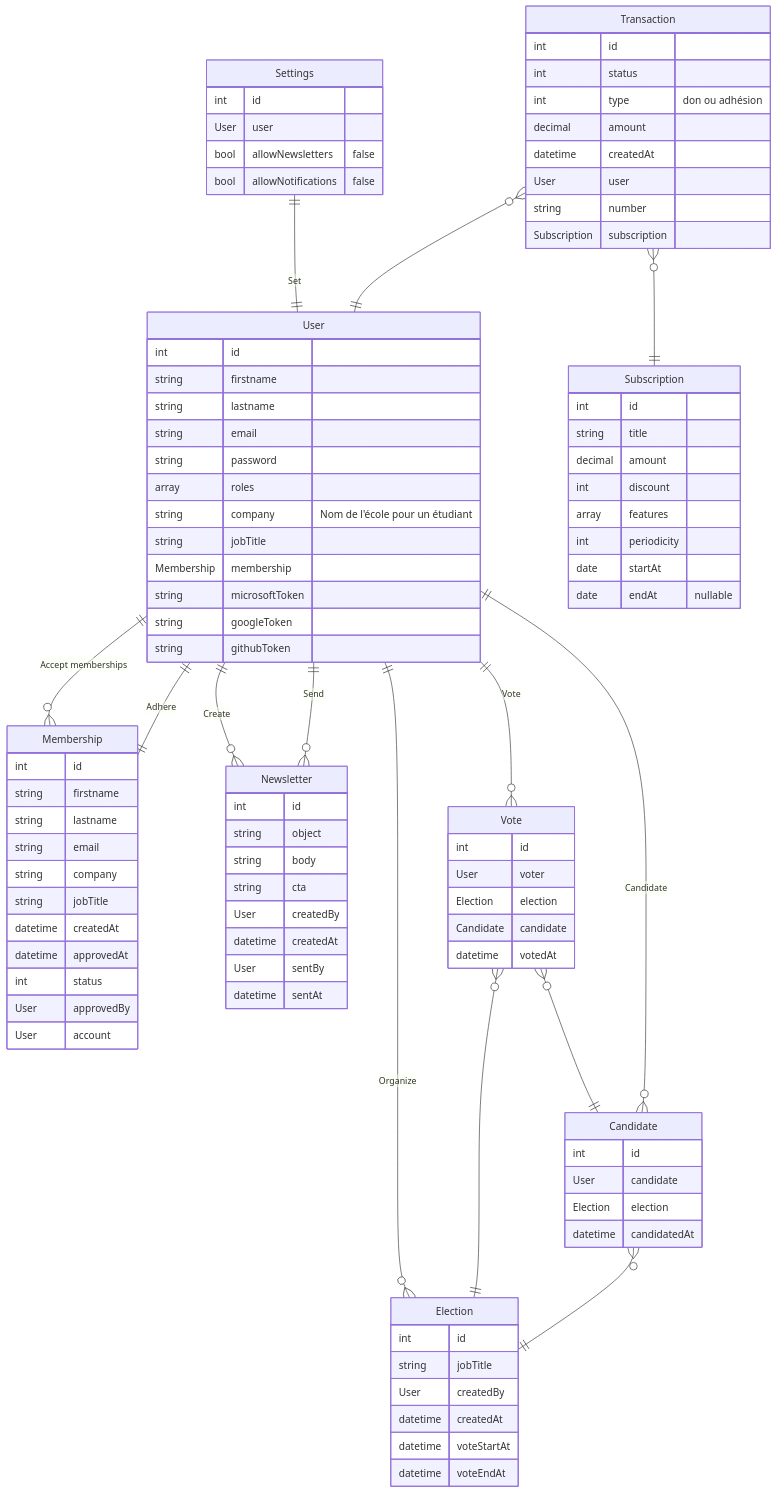
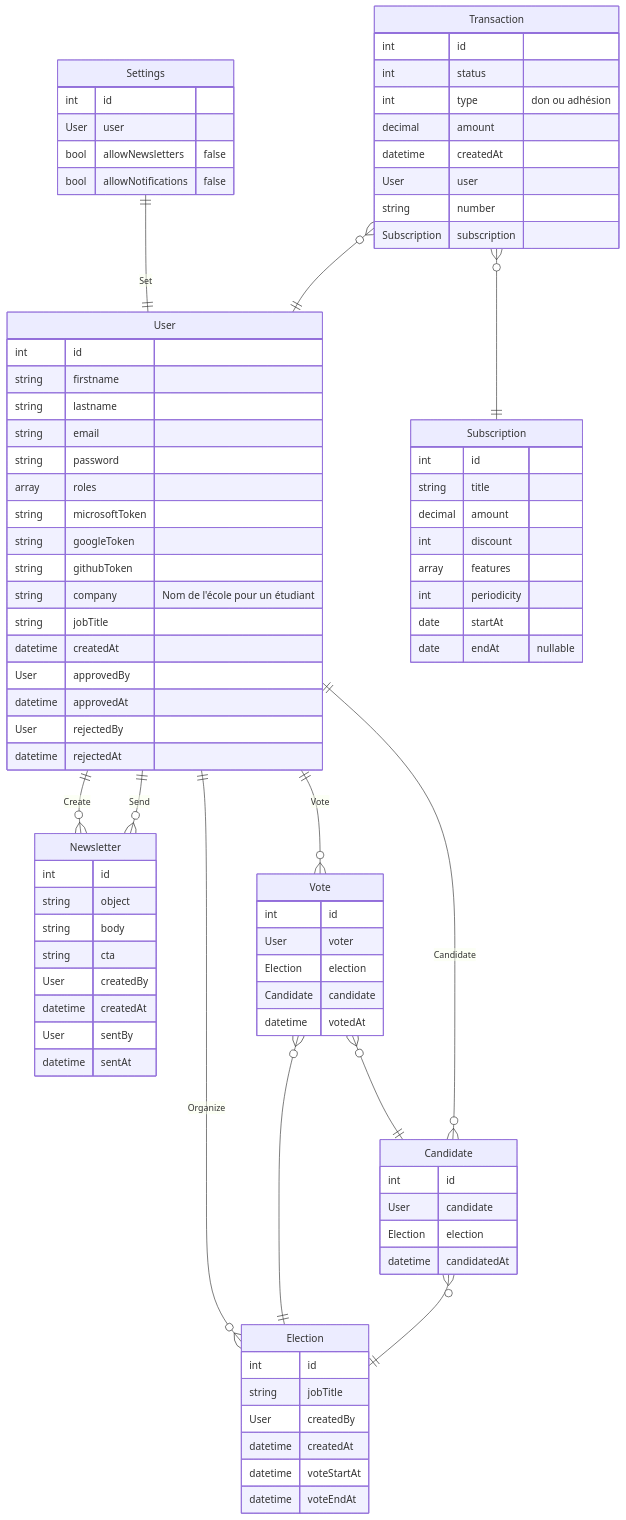
One commit to epsi-wis-alumni/gestion-adhesions changed the diagram in docs/database.md. Above: the diagram before and after it, drawn with Mermaid.

```diff
--- a/docs/database.md
+++ b/docs/database.md
@@ -7,26 +7,18 @@
         string email
         string password
         array roles
-        string company "Nom de l'école pour un étudiant"
-        string jobTitle
-        Membership membership
         string microsoftToken
         string googleToken
         string githubToken
-    }
-
-    Membership {
-        int id
-        string firstname
-        string lastname
-        string email
-        string company
+        string company "Nom de l'école pour un étudiant"
         string jobTitle
         datetime createdAt
+        
+        User approvedBy
         datetime approvedAt
-        int status
-        User approvedBy
-        User account
+        
+        User rejectedBy
+        datetime rejectedAt
     }
 
     Subscription {
@@ -93,11 +85,6 @@
         datetime votedAt
     }
     
-
-
-    User 1--0+ Membership: "Accept memberships"
-    User 1--1 Membership: "Adhere"
-    
     Settings 1--1 User: "Set"
     
     User 1--0+ Newsletter: "Create"
```
